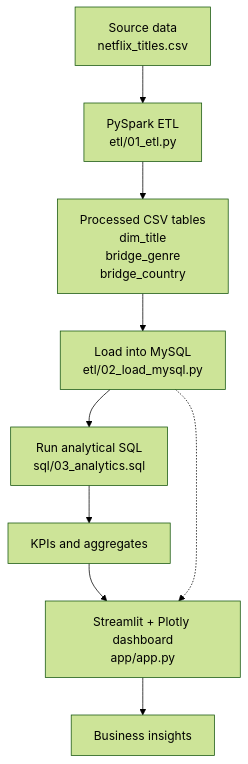
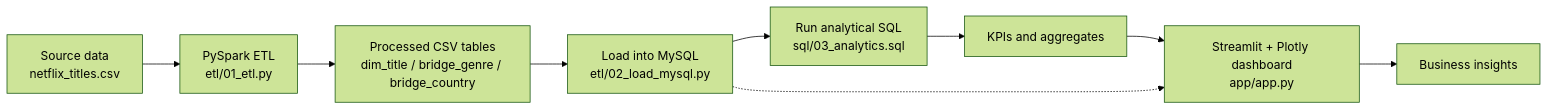
The diagram in README.md (IpsitMohanty/netflix-content-strategy), drawn with Mermaid (forest theme) before and after one commit.

Commit message:
docs: switch pipeline diagram to horizontal layout

````diff
--- a/README.md
+++ b/README.md
@@ -9,14 +9,11 @@
 ```mermaid
-flowchart TB
-    A["Source data<br/>netflix_titles.csv"]
-    B["PySpark ETL<br/>etl/01_etl.py"]
-    C["Processed CSV tables<br/>dim_title<br/>bridge_genre<br/>bridge_country"]
-    D["Load into MySQL<br/>etl/02_load_mysql.py"]
-    E["Run analytical SQL<br/>sql/03_analytics.sql"]
-    F["KPIs and aggregates"]
-    G["Streamlit + Plotly dashboard<br/>app/app.py"]
-    H["Business insights"]
-
-    A --> B --> C --> D --> E --> F --> G --> H
+flowchart LR
+    A["Source data<br/>netflix_titles.csv"] --> B["PySpark ETL<br/>etl/01_etl.py"]
+    B --> C["Processed CSV tables<br/>dim_title / bridge_genre / bridge_country"]
+    C --> D["Load into MySQL<br/>etl/02_load_mysql.py"]
+    D --> E["Run analytical SQL<br/>sql/03_analytics.sql"]
+    E --> F["KPIs and aggregates"]
+    F --> G["Streamlit + Plotly dashboard<br/>app/app.py"]
+    G --> H["Business insights"]
     D -.-> G
 ```
````
